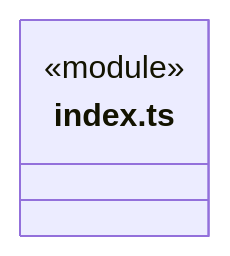
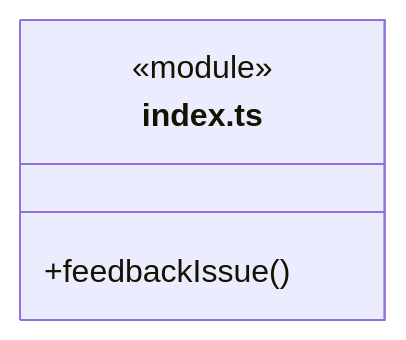
One commit to nan023062/cbim changed the fifth of 5 diagrams in src/logic/feedback/ARCHITECTURE.md. Above: the diagram before and after it, drawn with Mermaid. The commit also changed other lines of this file and 137 other files, not shown here.

Commit message:
fix: align architecture generator with documentation standards

````diff
--- a/src/logic/feedback/ARCHITECTURE.md
+++ b/src/logic/feedback/ARCHITECTURE.md
@@ -154,6 +158,7 @@
 ```mermaid
 classDiagram
 class N_src_logic_feedback_index_ts["index.ts"] {
   <<module>>
+  +feedbackIssue()
 }
 ```
````
